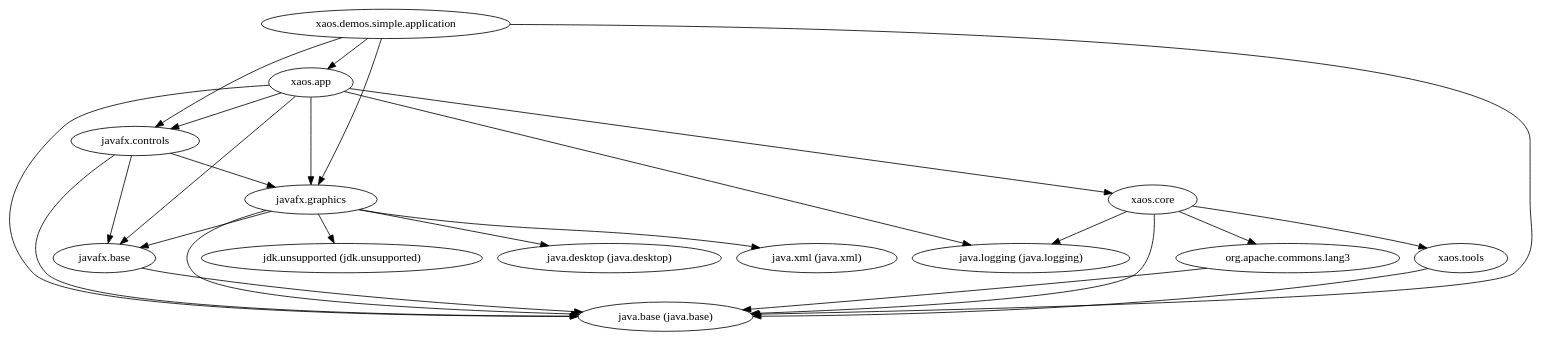
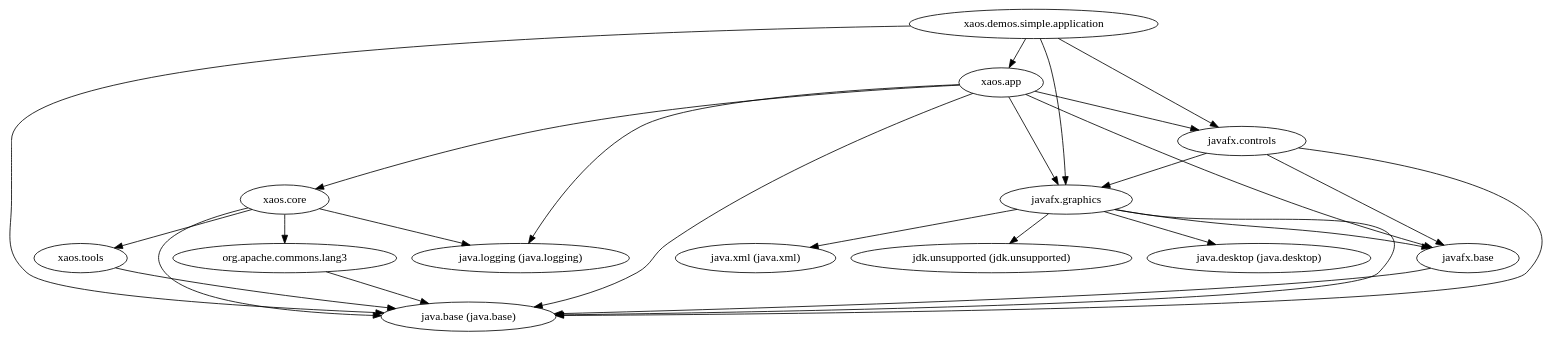
The diagram in xaos.demos.module/xaos.demos.simple.application.module/doc/module-dependencies.dot (ESSICS/XAOS), drawn with Graphviz before and after one commit. The commit also changed other lines of this file and 54 other files, not shown here.

```diff
--- a/xaos.demos.module/xaos.demos.simple.application.module/doc/module-dependencies.dot
+++ b/xaos.demos.module/xaos.demos.simple.application.module/doc/module-dependencies.dot
@@ -1,27 +1,27 @@
 digraph "summary" {
+  "xaos.demos.simple.application"                    -> "java.base (java.base)";
+  "xaos.demos.simple.application"                    -> "javafx.controls";
+  "xaos.demos.simple.application"                    -> "javafx.graphics";
+  "xaos.demos.simple.application"                    -> "xaos.app";
   "javafx.controls"                                  -> "java.base (java.base)";
   "javafx.controls"                                  -> "javafx.base";
   "javafx.controls"                                  -> "javafx.graphics";
-  "xaos.core"                                        -> "java.base (java.base)";
-  "xaos.core"                                        -> "java.logging (java.logging)";
-  "xaos.core"                                        -> "org.apache.commons.lang3";
-  "xaos.core"                                        -> "xaos.tools";
   "xaos.app"                                         -> "java.base (java.base)";
   "xaos.app"                                         -> "java.logging (java.logging)";
   "xaos.app"                                         -> "javafx.base";
   "xaos.app"                                         -> "javafx.controls";
   "xaos.app"                                         -> "javafx.graphics";
   "xaos.app"                                         -> "xaos.core";
   "org.apache.commons.lang3"                         -> "java.base (java.base)";
+  "xaos.tools"                                       -> "java.base (java.base)";
   "javafx.base"                                      -> "java.base (java.base)";
-  "xaos.tools"                                       -> "java.base (java.base)";
-  "xaos.demos.simple.application"                    -> "java.base (java.base)";
-  "xaos.demos.simple.application"                    -> "javafx.controls";
-  "xaos.demos.simple.application"                    -> "javafx.graphics";
-  "xaos.demos.simple.application"                    -> "xaos.app";
+  "xaos.core"                                        -> "java.base (java.base)";
+  "xaos.core"                                        -> "java.logging (java.logging)";
+  "xaos.core"                                        -> "org.apache.commons.lang3";
+  "xaos.core"                                        -> "xaos.tools";
   "javafx.graphics"                                  -> "java.base (java.base)";
   "javafx.graphics"                                  -> "java.desktop (java.desktop)";
   "javafx.graphics"                                  -> "java.xml (java.xml)";
   "javafx.graphics"                                  -> "javafx.base";
   "javafx.graphics"                                  -> "jdk.unsupported (jdk.unsupported)";
 }
```
